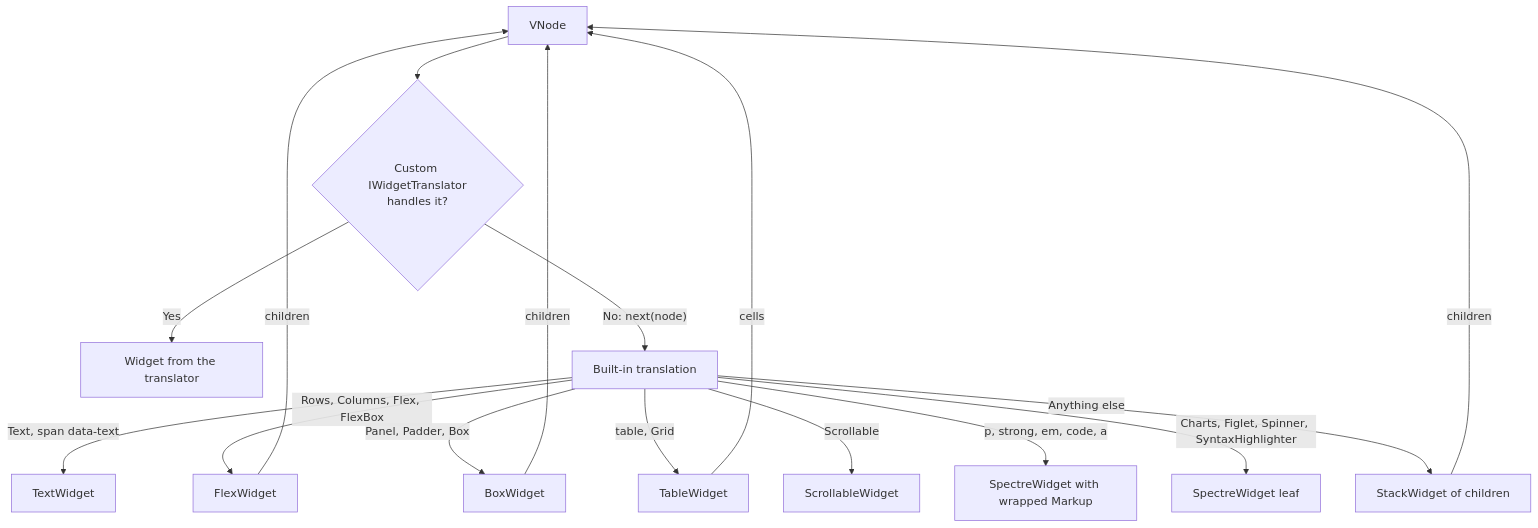
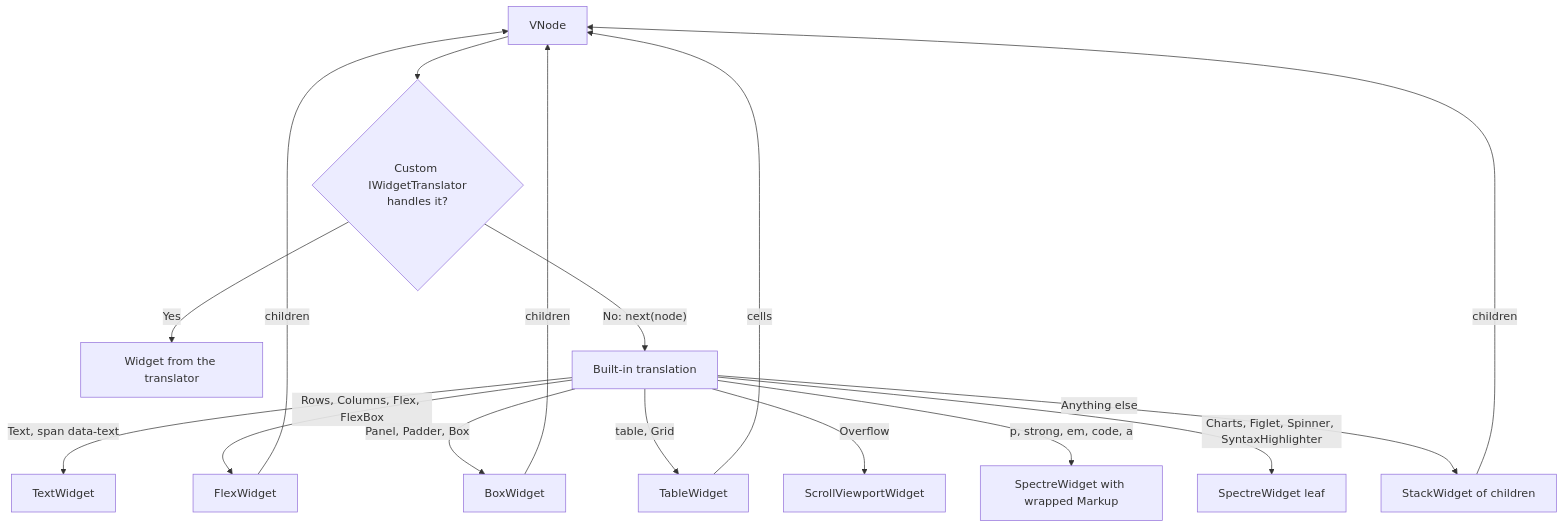
Before and after one commit to RazorConsole/RazorConsole: the fourth of 6 diagrams in design-doc/rendering-process.md, drawn with Mermaid. The commit also changed 18 other files, not shown here.

First line of the commit message:
refactor(scroll): remove Scrollable, ViewHeightScrollable, ScrollableWidget and ScrollableLayoutCoordinator

````diff
--- a/design-doc/rendering-process.md
+++ b/design-doc/rendering-process.md
@@ -136,20 +136,20 @@
 ```mermaid
 flowchart TD
     VNode[VNode] --> Custom{Custom IWidgetTranslator<br/>handles it?}
     Custom -->|Yes| CustomWidget[Widget from the translator]
     Custom -->|"No: next(node)"| BuiltIn[Built-in translation]
 
     BuiltIn -->|Text, span data-text| Text[TextWidget]
     BuiltIn -->|Rows, Columns, Flex, FlexBox| Flex[FlexWidget]
     BuiltIn -->|Panel, Padder, Box| Box[BoxWidget]
     BuiltIn -->|table, Grid| Table[TableWidget]
-    BuiltIn -->|Scrollable| Scroll[ScrollableWidget]
+    BuiltIn -->|Overflow| Scroll[ScrollViewportWidget]
     BuiltIn -->|p, strong, em, code, a| Inline[SpectreWidget with wrapped Markup]
     BuiltIn -->|Charts, Figlet, Spinner, SyntaxHighlighter| Leaf[SpectreWidget leaf]
     BuiltIn -->|Anything else| Stack[StackWidget of children]
 
     Flex -->|children| VNode
     Box -->|children| VNode
     Table -->|cells| VNode
     Stack -->|children| VNode
 ```
````
